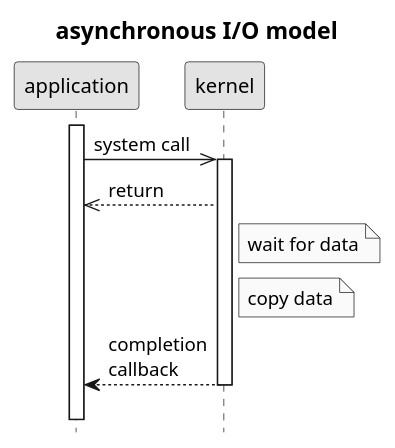
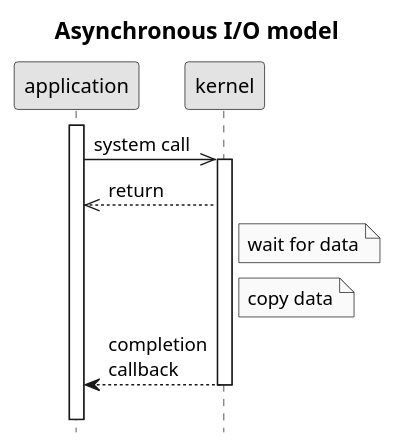
One commit to c0p4c4b4n4/demo-sockets-io-nio-nio2 changed the diagram in .images/asynchronous IO model.puml. Above: the diagram before and after it, drawn with PlantUML. The commit also changed 3 other files, not shown here.

```diff
--- a/.images/asynchronous IO model.puml
+++ b/.images/asynchronous IO model.puml
@@ -1,15 +1,15 @@
 @startuml
-title asynchronous I/O model
+title Asynchronous I/O model
 hide footbox
 skinparam monochrome true
 skinparam titleFontSize 16
 activate application
 application->>kernel: system call
 activate kernel
 kernel-->>application: return
 Note right of kernel: wait for data
 Note right of kernel: copy data
 kernel-->application: completion\ncallback
 deactivate kernel
 ||15||
 @enduml
```
